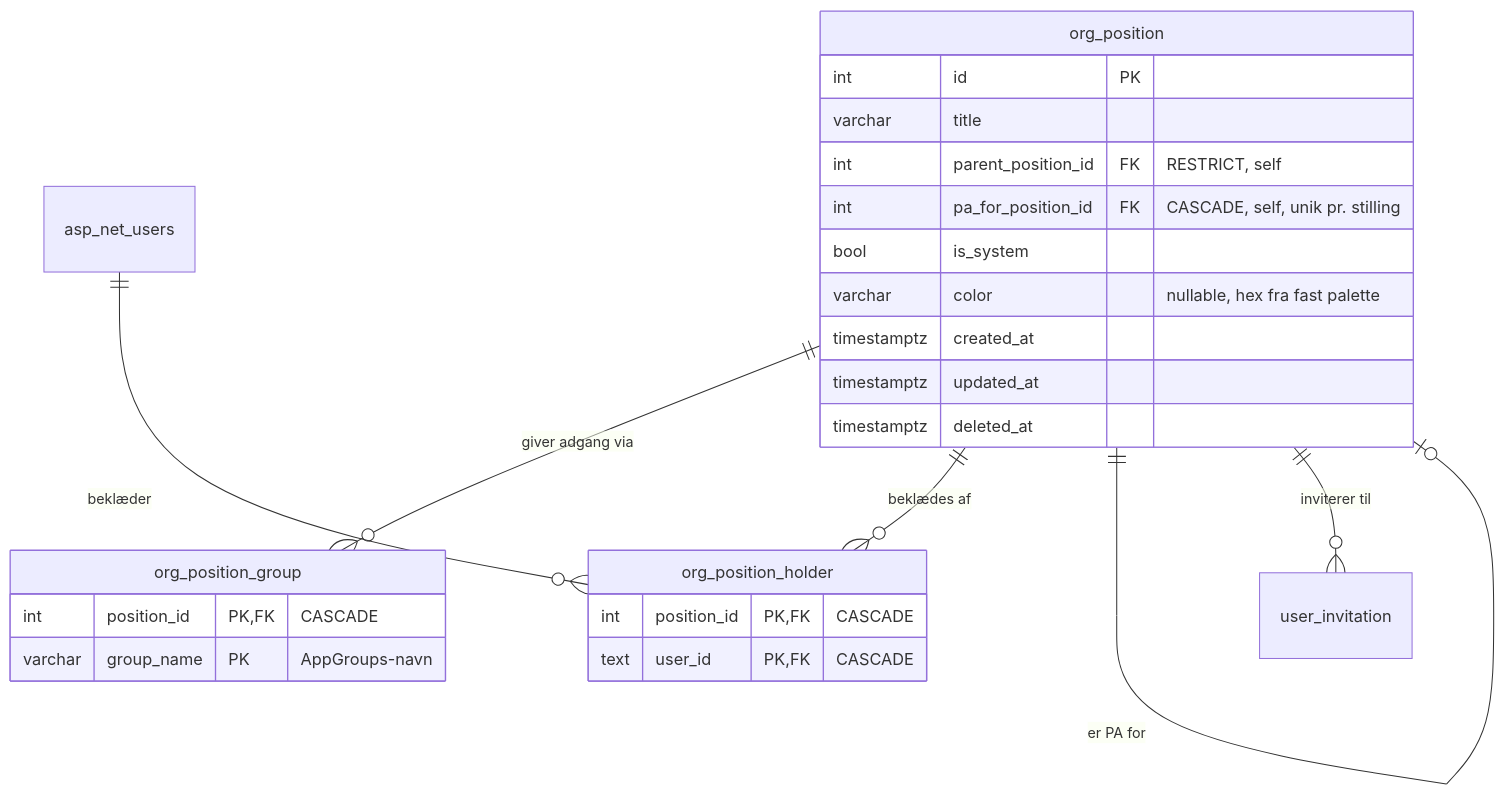
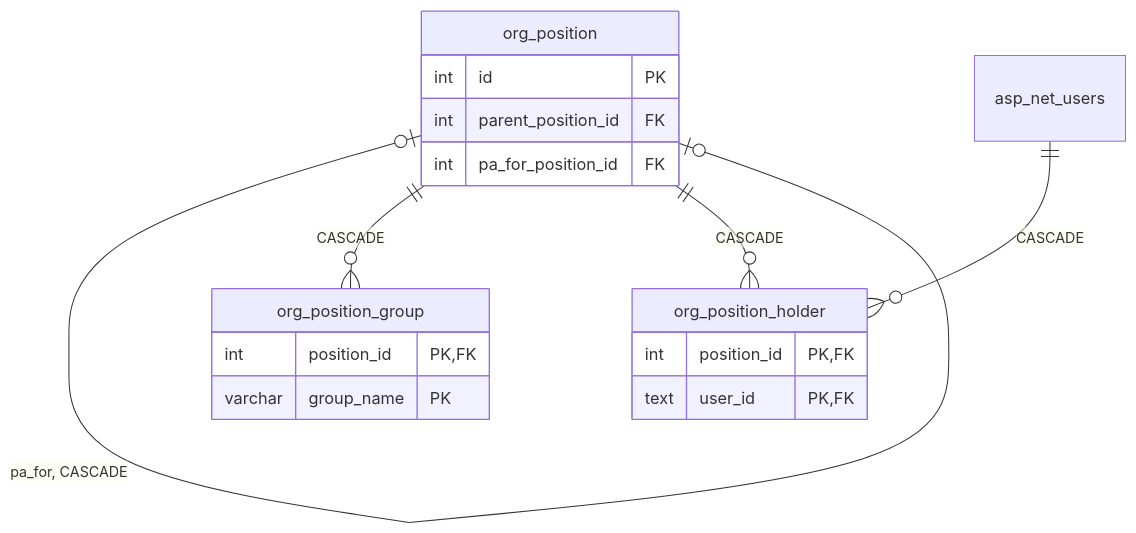
Before and after one commit to smallbenji/DS28-website: the seventh of 11 diagrams in docs/database.md, drawn with Mermaid. The commit also changed other lines of this file and 2 other files, not shown here.

````diff
--- a/docs/database.md
+++ b/docs/database.md
@@ -427,31 +1015,22 @@
 ```mermaid
 erDiagram
     org_position {
         int id PK
-        varchar title
-        int parent_position_id FK "RESTRICT, self"
-        int pa_for_position_id FK "CASCADE, self, unik pr. stilling"
-        bool is_system
-        varchar color "nullable, hex fra fast palette"
-        timestamptz created_at
-        timestamptz updated_at
-        timestamptz deleted_at
+        int parent_position_id FK
+        int pa_for_position_id FK
+    }
+    org_position_group {
+        int position_id PK, FK
+        varchar group_name PK
+    }
+    org_position_holder {
+        int position_id PK, FK
+        text user_id PK, FK
     }
 
-    org_position_group {
-        int position_id PK,FK "CASCADE"
-        varchar group_name PK "AppGroups-navn"
-    }
-
-    org_position_holder {
-        int position_id PK,FK "CASCADE"
-        text user_id PK,FK "CASCADE"
-    }
-
-    org_position ||--o{ org_position_group : "giver adgang via"
-    org_position ||--o{ org_position_holder : "beklædes af"
-    asp_net_users ||--o{ org_position_holder : "beklæder"
-    org_position ||--o{ org_position : "har understillinger"
-    org_position ||--o| org_position : "er PA for"
-    org_position ||--o{ user_invitation : "inviterer til"
+    org_position |o--o{ org_position : "parent, RESTRICT"
+    org_position |o--o| org_position : "pa_for, CASCADE"
+    org_position ||--o{ org_position_group : "CASCADE"
+    org_position ||--o{ org_position_holder : "CASCADE"
+    asp_net_users ||--o{ org_position_holder : "CASCADE"
 ```
````
